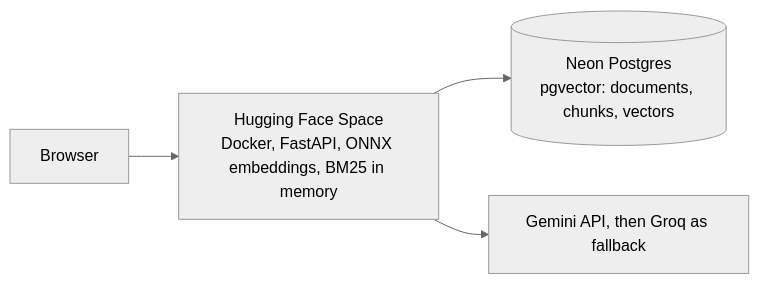
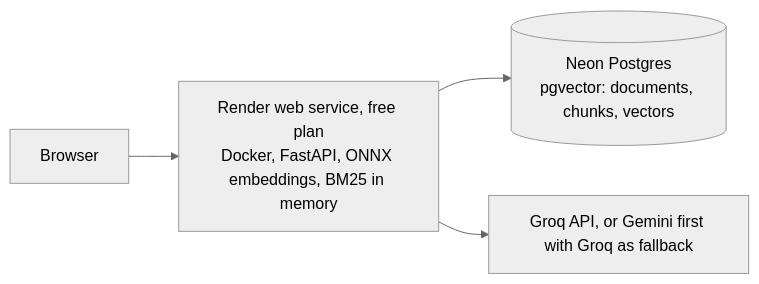
One commit to LukaTypeScripter/AI-Investigation-Engine changed the second of 2 diagrams in README.md. Above: the diagram before and after it, drawn with Mermaid (neutral theme). The commit also changed other lines of this file and 1 other file, not shown here.

First line of the commit message:
docs(deploy): switch the guide from hugging face to render

````diff
--- a/README.md
+++ b/README.md
@@ -53,6 +44,6 @@
 ```mermaid
 flowchart LR
-    U[Browser] --> S[Hugging Face Space<br/>Docker, FastAPI, ONNX embeddings, BM25 in memory]
+    U[Browser] --> S[Render web service, free plan<br/>Docker, FastAPI, ONNX embeddings, BM25 in memory]
     S --> N[(Neon Postgres<br/>pgvector: documents, chunks, vectors)]
-    S --> L[Gemini API, then Groq as fallback]
+    S --> L[Groq API, or Gemini first with Groq as fallback]
 ```
````
